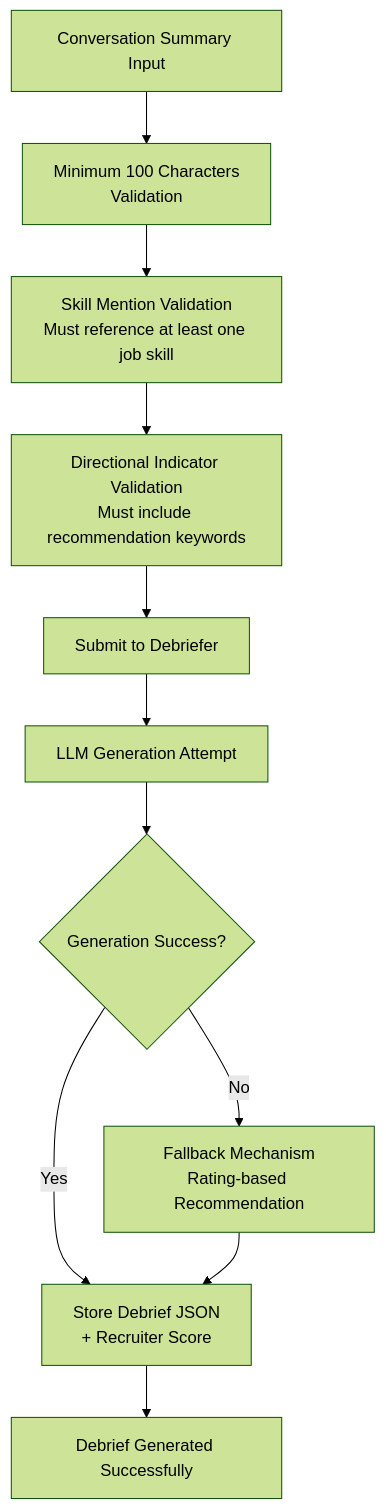
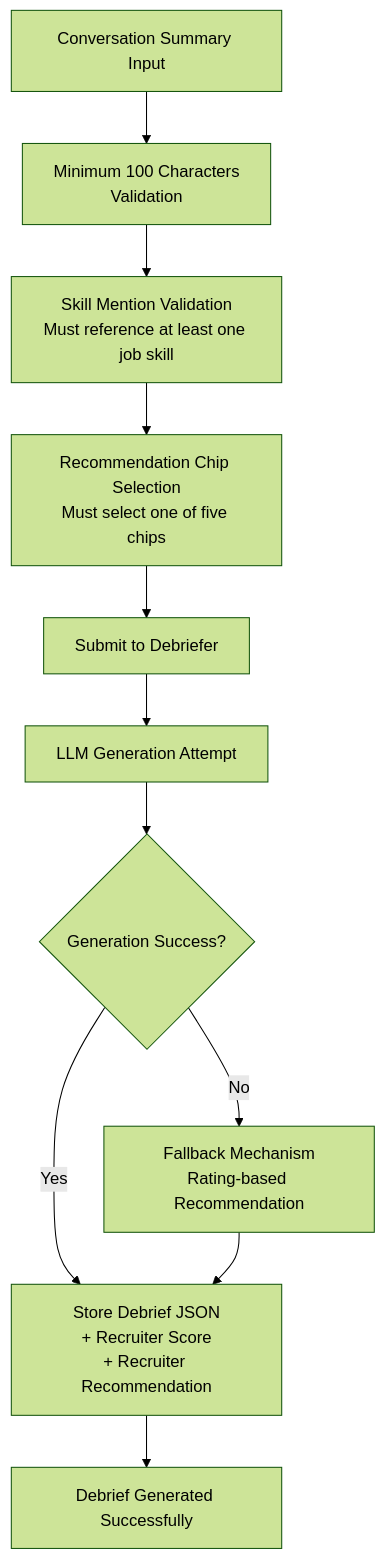
Diagram 12 of 15 in .qoder/repowiki/en/content/Video Analysis/Interview Analysis Workflow.md (Revanththetalogics/aireume), drawn with Mermaid (forest theme) before and after one commit. The commit also changed other lines of this file and 4 other files, not shown here.

````diff
--- a/.qoder/repowiki/en/content/Video Analysis/Interview Analysis Workflow.md
+++ b/.qoder/repowiki/en/content/Video Analysis/Interview Analysis Workflow.md
@@ -603,13 +609,13 @@
 ```mermaid
 flowchart TD
 Summary["Conversation Summary Input"] --> Length["Minimum 100 Characters<br/>Validation"]
 Length --> Skills["Skill Mention Validation<br/>Must reference at least one job skill"]
-Skills --> Direction["Directional Indicator Validation<br/>Must include recommendation keywords"]
-Direction --> Submit["Submit to Debriefer"]
+Skills --> Chip["Recommendation Chip Selection<br/>Must select one of five chips"]
+Chip --> Submit["Submit to Debriefer"]
 Submit --> LLM["LLM Generation Attempt"]
 LLM --> Success{"Generation Success?"}
-Success --> |Yes| Store["Store Debrief JSON<br/>+ Recruiter Score"]
+Success --> |Yes| Store["Store Debrief JSON<br/>+ Recruiter Score<br/>+ Recruiter Recommendation"]
 Success --> |No| Fallback["Fallback Mechanism<br/>Rating-based Recommendation"]
 Fallback --> Store
 Store --> Complete["Debrief Generated Successfully"]
 ```
````
